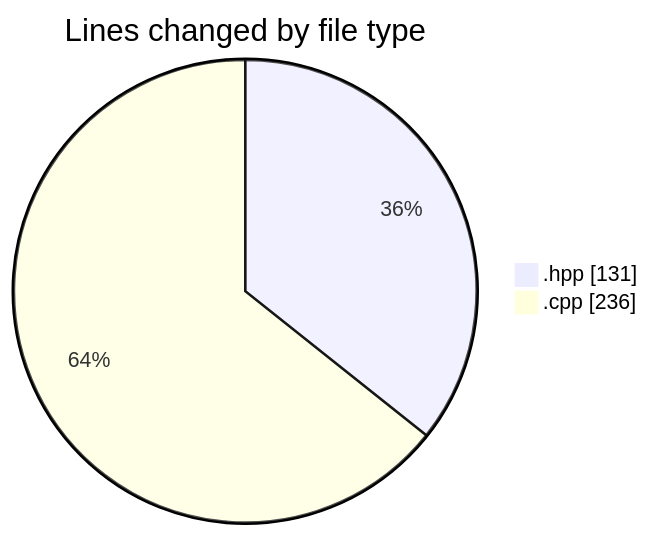
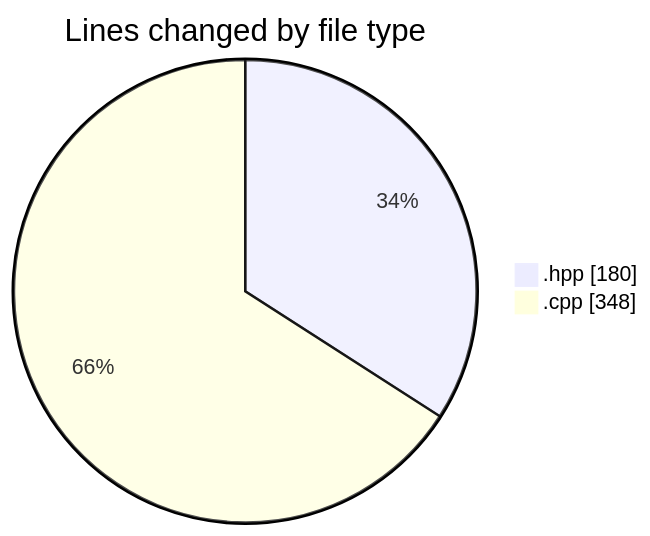
Before and after one commit to Netris89/code-tracking: the first of 2 diagrams in 2025-05-04/date/README.md, drawn with Mermaid. The commit also changed other lines of this file and 1 other file, not shown here.

````diff
--- a/2025-05-04/date/README.md
+++ b/2025-05-04/date/README.md
@@ -25,6 +27,6 @@
 ```mermaid
 pie showData
 title Lines changed by file type
-".hpp" : 131
-".cpp" : 236
+".hpp" : 180
+".cpp" : 348
 ```
````
